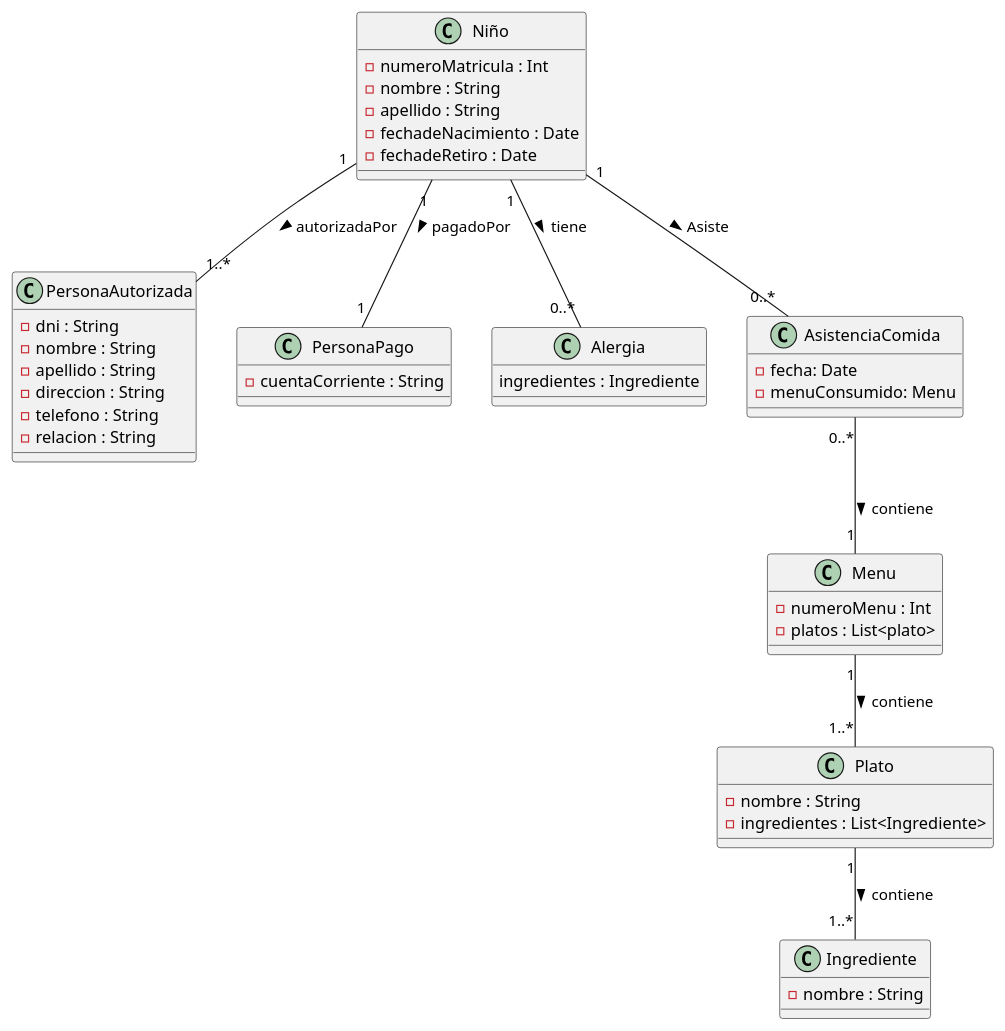
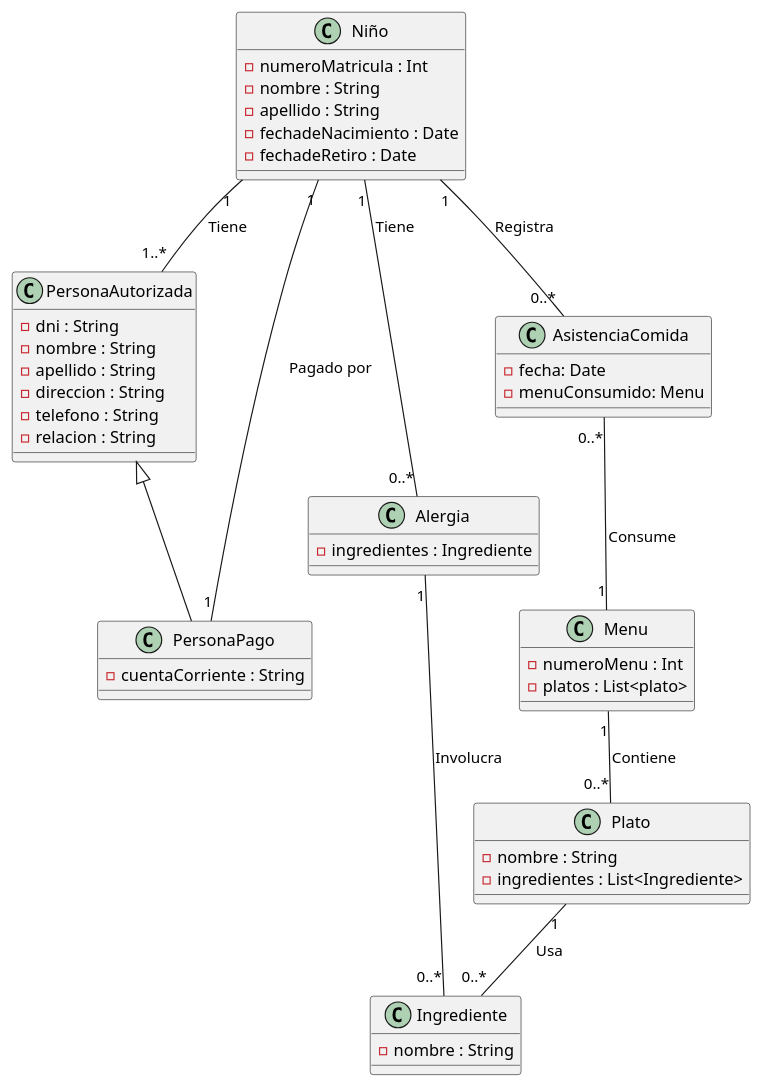
The diagram in Comedor.puml (BreinerMontes018/Talleres-3-Semestre), drawn with PlantUML before and after one commit. The commit also changed 3 other files, not shown here.

```diff
--- a/Comedor.puml
+++ b/Comedor.puml
@@ -1,55 +1,57 @@
 @startuml Comedor infantil
 
 class Niño{
     -numeroMatricula : Int
     -nombre : String
     -apellido : String
     -fechadeNacimiento : Date
     -fechadeRetiro : Date
 }
 
 class PersonaAutorizada{
     -dni : String
    -nombre : String
    -apellido : String
    -direccion : String
    -telefono : String
    -relacion : String
 }
 
 class PersonaPago{
    -cuentaCorriente : String
 }
 
 class Alergia{
-    ingredientes : Ingrediente
+    -ingredientes : Ingrediente
 }
 class Menu{
     -numeroMenu : Int
     -platos : List<plato>
 }
 
 class Plato{
     -nombre : String
     - ingredientes : List<Ingrediente>
 }
 
 class Ingrediente{
     -nombre : String
 }
 
 class AsistenciaComida {
     - fecha: Date
     - menuConsumido: Menu
 }
 
-Niño "1" -- "1..*" PersonaAutorizada : autorizadaPor >
-Niño "1" -- "1" PersonaPago : pagadoPor >
-Niño "1" -- "0..*" Alergia : tiene >
-Niño "1" -- "0..*" AsistenciaComida : Asiste >
-AsistenciaComida "0..*" -- "1" Menu : contiene >
-Menu "1" -- "1..*" Plato : contiene >
-Plato "1" -- "1..*" Ingrediente : contiene >
+Niño "1" -- "1..*" PersonaAutorizada : "Tiene"
+Niño "1" -- "0..*" AsistenciaComida : "Registra"
+Niño "1" -- "1" PersonaPago : "Pagado por"
+Niño "1" -- "0..*" Alergia : "Tiene"
+AsistenciaComida "0..*" -- "1" Menu : "Consume"
+Menu "1" -- "0..*" Plato : "Contiene"
+Plato "1" -- "0..*" Ingrediente : "Usa"
+Alergia "1" -- "0..*" Ingrediente : "Involucra"
+PersonaAutorizada <|-- PersonaPago
 
 
 @enduml
```
